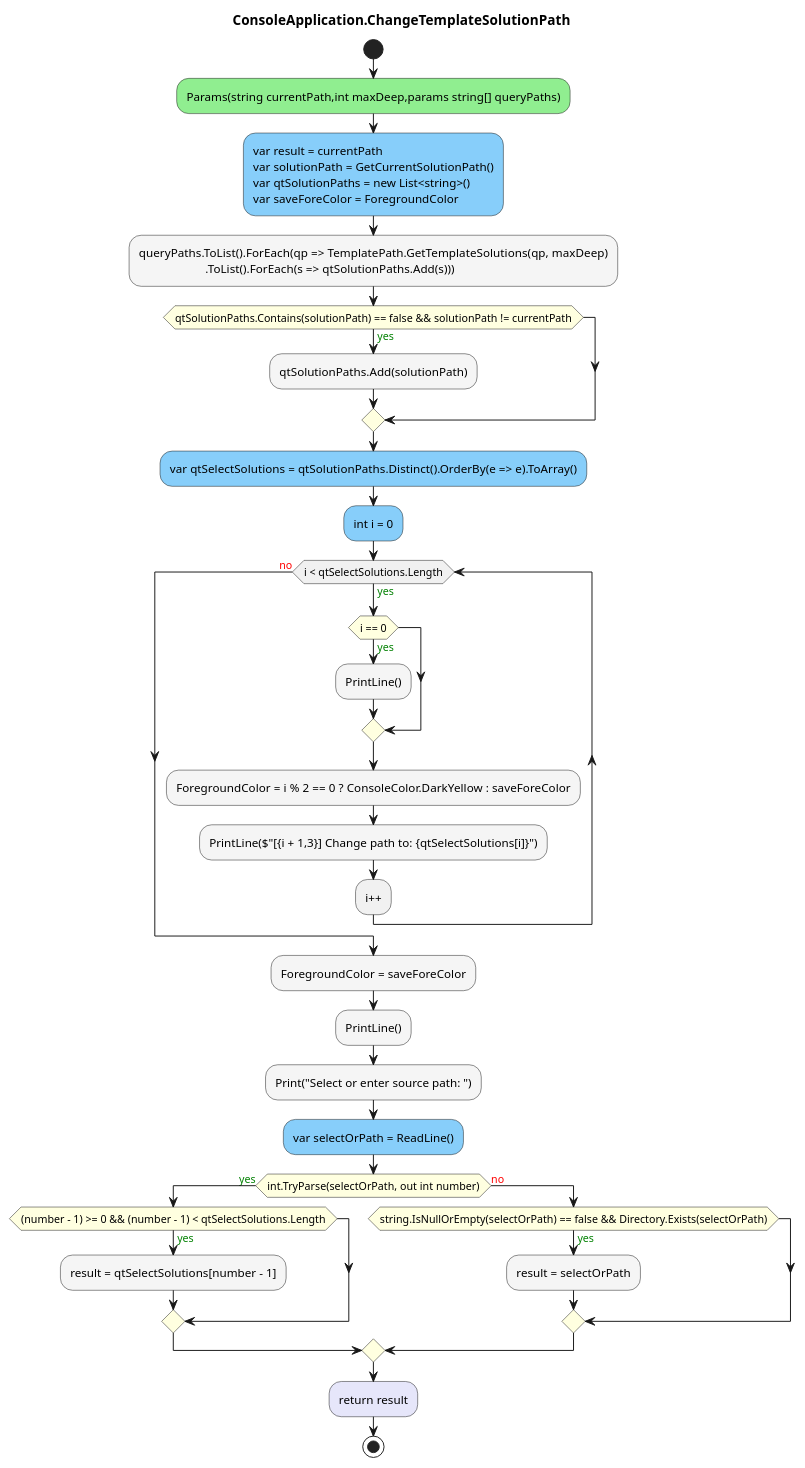
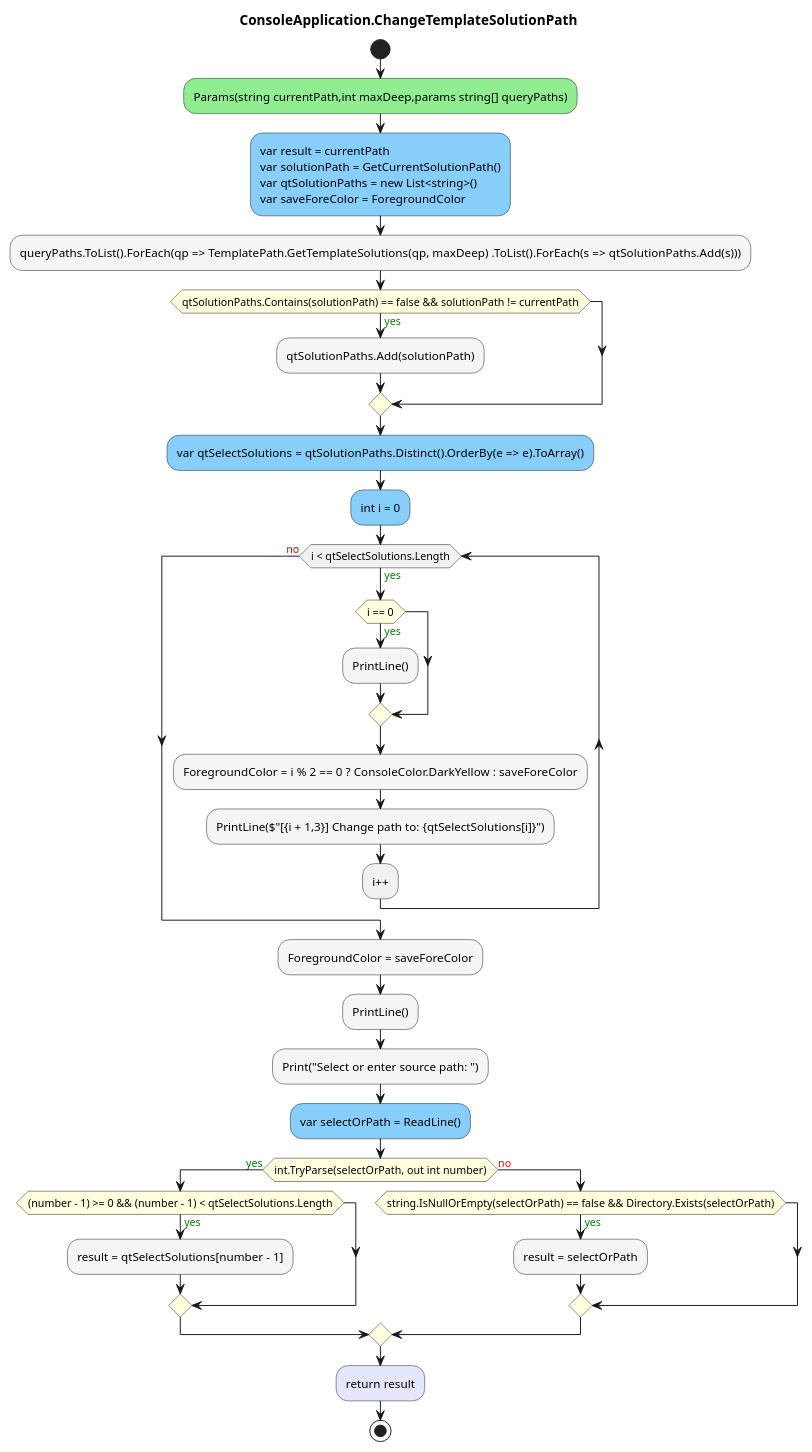
The diagram in CommonTool/diagrams/ac_ConsoleApplication_ChangeTemplateSolutionPath.puml (leoggehrer/CommonTool), drawn with PlantUML before and after one commit. The commit also changed 17 other files, not shown here.

```diff
--- a/CommonTool/diagrams/ac_ConsoleApplication_ChangeTemplateSolutionPath.puml
+++ b/CommonTool/diagrams/ac_ConsoleApplication_ChangeTemplateSolutionPath.puml
@@ -1,36 +1,35 @@
 @startuml ConsoleApplication.ChangeTemplateSolutionPath
 title ConsoleApplication.ChangeTemplateSolutionPath
 start
 #LightGreen:Params(string currentPath,int maxDeep,params string[] queryPaths);
 #LightSkyBlue:var result = currentPath\nvar solutionPath = GetCurrentSolutionPath()\nvar qtSolutionPaths = new List<string>()\nvar saveForeColor = ForegroundColor;
-#WhiteSmoke:queryPaths.ToList().ForEach(qp => TemplatePath.GetTemplateSolutions(qp, maxDeep)
-                      .ToList().ForEach(s => qtSolutionPaths.Add(s)));
+#WhiteSmoke:queryPaths.ToList().ForEach(qp => TemplatePath.GetTemplateSolutions(qp, maxDeep) .ToList().ForEach(s => qtSolutionPaths.Add(s)));
 #LightYellow:if (qtSolutionPaths.Contains(solutionPath) == false && solutionPath != currentPath) then (<color:green>yes)
         #WhiteSmoke:qtSolutionPaths.Add(solutionPath);
 endif
 #LightSkyBlue:var qtSelectSolutions = qtSolutionPaths.Distinct().OrderBy(e => e).ToArray();
 #LightSkyBlue:int i = 0;
 while (i < qtSelectSolutions.Length) is (<color:green>yes)
         #LightYellow:if (i == 0) then (<color:green>yes)
             #WhiteSmoke:PrintLine();
         endif
         #WhiteSmoke:ForegroundColor = i % 2 == 0 ? ConsoleColor.DarkYellow : saveForeColor;
         #WhiteSmoke:PrintLine($"[{i + 1,3}] Change path to: {qtSelectSolutions[i]}");
 :i++;
 endwhile (<color:red>no)
 #WhiteSmoke:ForegroundColor = saveForeColor;
 #WhiteSmoke:PrintLine();
 #WhiteSmoke:Print("Select or enter source path: ");
 #LightSkyBlue:var selectOrPath = ReadLine();
 #LightYellow:if (int.TryParse(selectOrPath, out int number)) then (<color:green>yes)
         #LightYellow:if ((number - 1) >= 0 && (number - 1) < qtSelectSolutions.Length) then (<color:green>yes)
                 #WhiteSmoke:result = qtSelectSolutions[number - 1];
         endif
     else (<color:red>no)
         #LightYellow:if (string.IsNullOrEmpty(selectOrPath) == false && Directory.Exists(selectOrPath)) then (<color:green>yes)
                 #WhiteSmoke:result = selectOrPath;
         endif
 endif
 #Lavender:return result;
 stop
 @enduml
```
